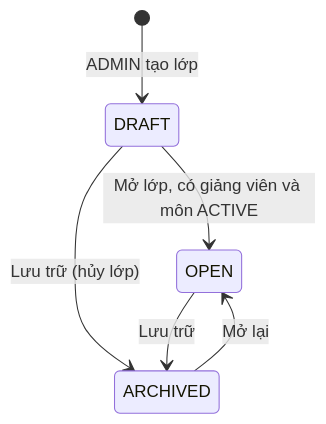
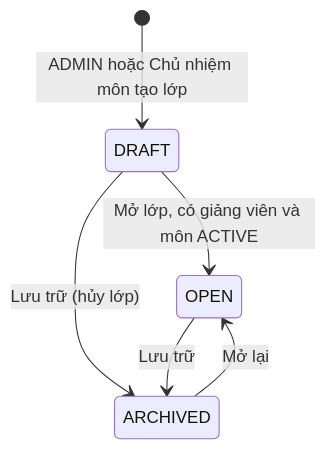
Before and after one commit to hygef-v4/AI-Powered-Learning-Platform: the second of 3 diagrams in aidlc-docs/construction/u04-subject-class-enrollment/functional-design/domain-entities.md, drawn with Mermaid. The commit also changed other lines of this file and 199 other files, not shown here.

````diff
--- a/aidlc-docs/construction/u04-subject-class-enrollment/functional-design/domain-entities.md
+++ b/aidlc-docs/construction/u04-subject-class-enrollment/functional-design/domain-entities.md
@@ -58,8 +58,8 @@
 ```mermaid
 stateDiagram-v2
-    [*] --> DRAFT: ADMIN tạo lớp
+    [*] --> DRAFT: ADMIN hoặc Chủ nhiệm môn tạo lớp
     DRAFT --> OPEN: Mở lớp, có giảng viên và môn ACTIVE
     DRAFT --> ARCHIVED: Lưu trữ (hủy lớp)
     OPEN --> ARCHIVED: Lưu trữ
     ARCHIVED --> OPEN: Mở lại
 ```
````
